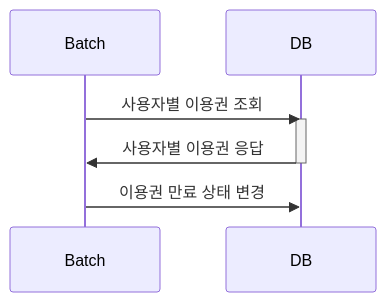
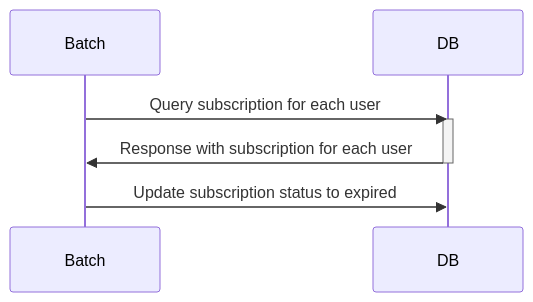
The first of 4 diagrams in README.md (KyleKim107/ticket-batch), drawn with Mermaid before and after one commit. The commit also changed other lines of this file, not shown here.

````diff
--- a/README.md
+++ b/README.md
@@ -19,10 +19,11 @@
 ```mermaid
 sequenceDiagram
     participant Batch
     participant DB
-    Batch->>DB: 사용자별 이용권 조회
+    Batch->>DB: Query subscription for each user
     activate DB
-    DB->>Batch: 사용자별 이용권 응답
+    DB->>Batch: Response with subscription for each user
     deactivate DB
-    Batch->>DB: 이용권 만료 상태 변경
+    Batch->>DB: Update subscription status to expired
+
 ```
````
